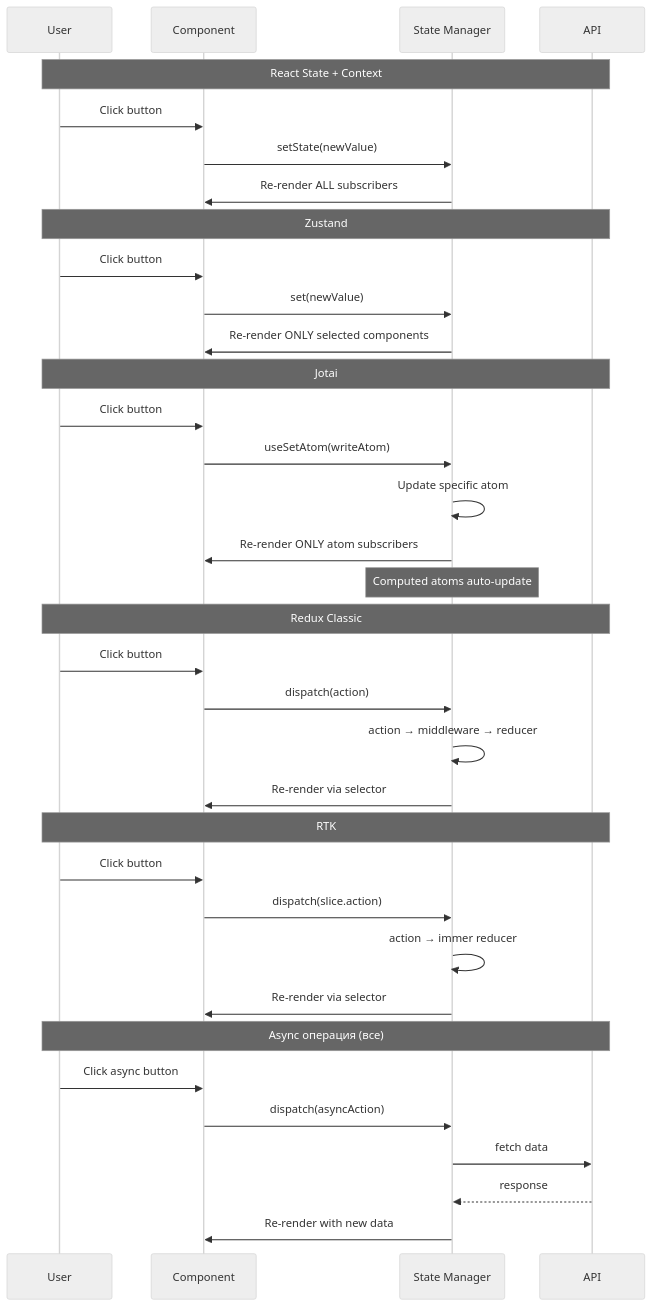
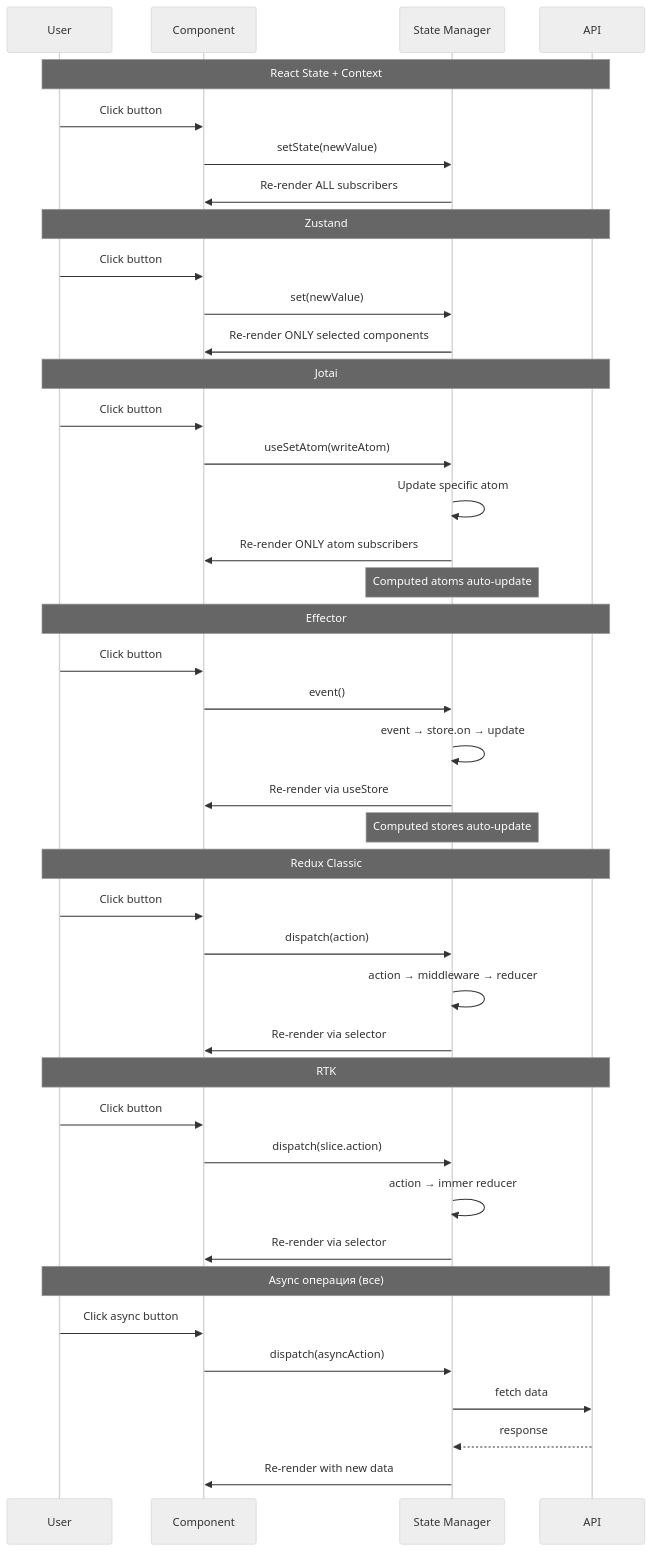
One commit to misterserge/react_state_manages changed the second of 2 diagrams in README.md. Above: the diagram before and after it, drawn with Mermaid (neutral theme). The commit also changed other lines of this file and 4 other files, not shown here.

````diff
--- a/README.md
+++ b/README.md
@@ -226,43 +267,50 @@
 ```mermaid
 sequenceDiagram
     participant U as User
     participant C as Component
     participant S as State Manager
     participant A as API
     
     Note over U,A: React State + Context
     U->>C: Click button
     C->>S: setState(newValue)
     S->>C: Re-render ALL subscribers
     
     Note over U,A: Zustand
     U->>C: Click button
     C->>S: set(newValue)
     S->>C: Re-render ONLY selected components
     
     Note over U,A: Jotai
     U->>C: Click button
     C->>S: useSetAtom(writeAtom)
     S->>S: Update specific atom
     S->>C: Re-render ONLY atom subscribers
     Note over S: Computed atoms auto-update
     
+    Note over U,A: Effector
+    U->>C: Click button
+    C->>S: event()
+    S->>S: event → store.on → update
+    S->>C: Re-render via useStore
+    Note over S: Computed stores auto-update
+    
     Note over U,A: Redux Classic
     U->>C: Click button
     C->>S: dispatch(action)
     S->>S: action → middleware → reducer
     S->>C: Re-render via selector
     
     Note over U,A: RTK
     U->>C: Click button
     C->>S: dispatch(slice.action)
     S->>S: action → immer reducer
     S->>C: Re-render via selector
     
     Note over U,A: Async операция (все)
     U->>C: Click async button
     C->>S: dispatch(asyncAction)
     S->>A: fetch data
     A-->>S: response
     S->>C: Re-render with new data
 ```
````
